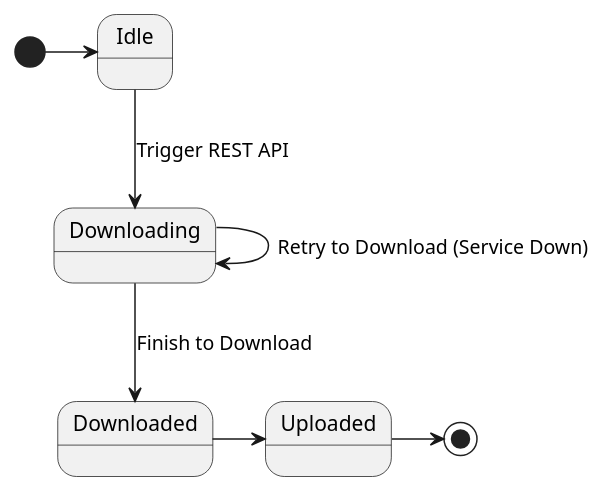
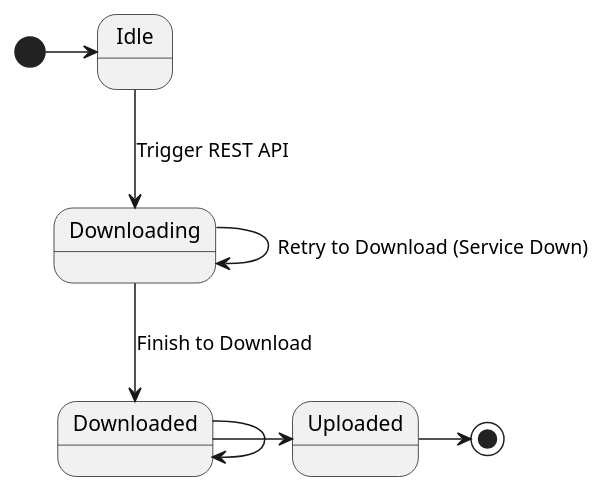
Before and after one commit to yanghoon/obsidian-workspace: the diagram in _diary/2024-06-21.md, drawn with PlantUML.

Commit message:
vault backup: 2024-06-23 19:45:33

````diff
--- a/_diary/2024-06-21.md
+++ b/_diary/2024-06-21.md
@@ -52,15 +52,15 @@
 ```plantuml
 @startuml
 
 [*] -> Idle
 Idle --> Downloading : Trigger REST API
 
 ' Downloading : Create file with suffix "downloading"
 Downloading --> Downloading : Retry to Download (Service Down)
 Downloading --> Downloaded : Finish to Download
-
+Downloaded --> Downloaded
 Downloaded -> Uploaded
 Uploaded ->[*] 
 
 @enduml
 ```
````
